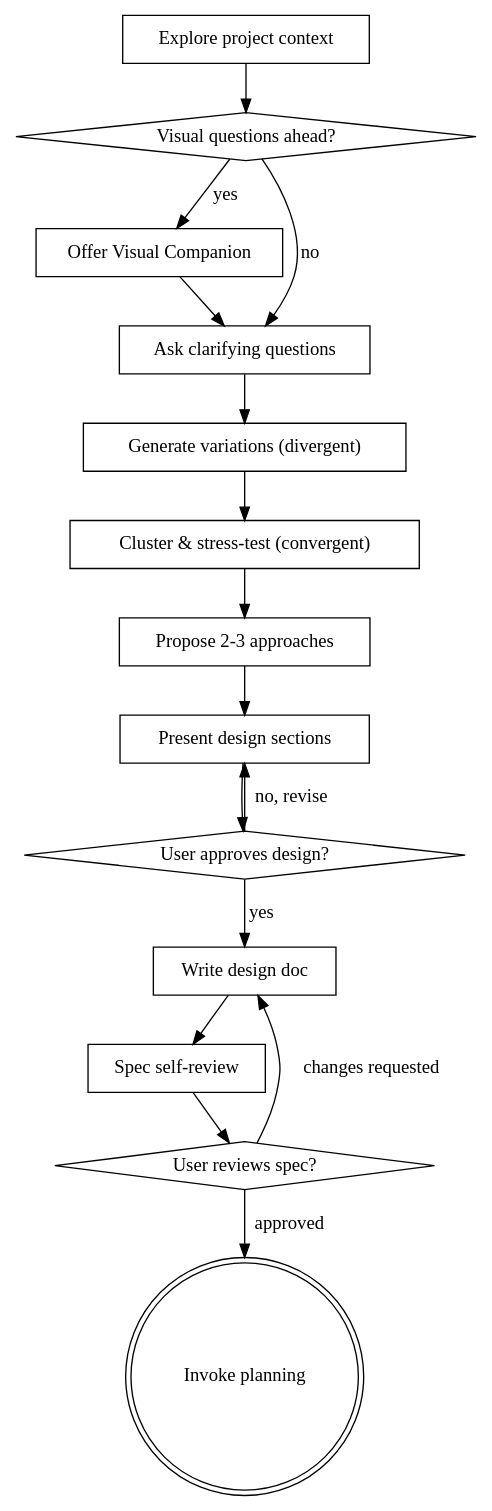
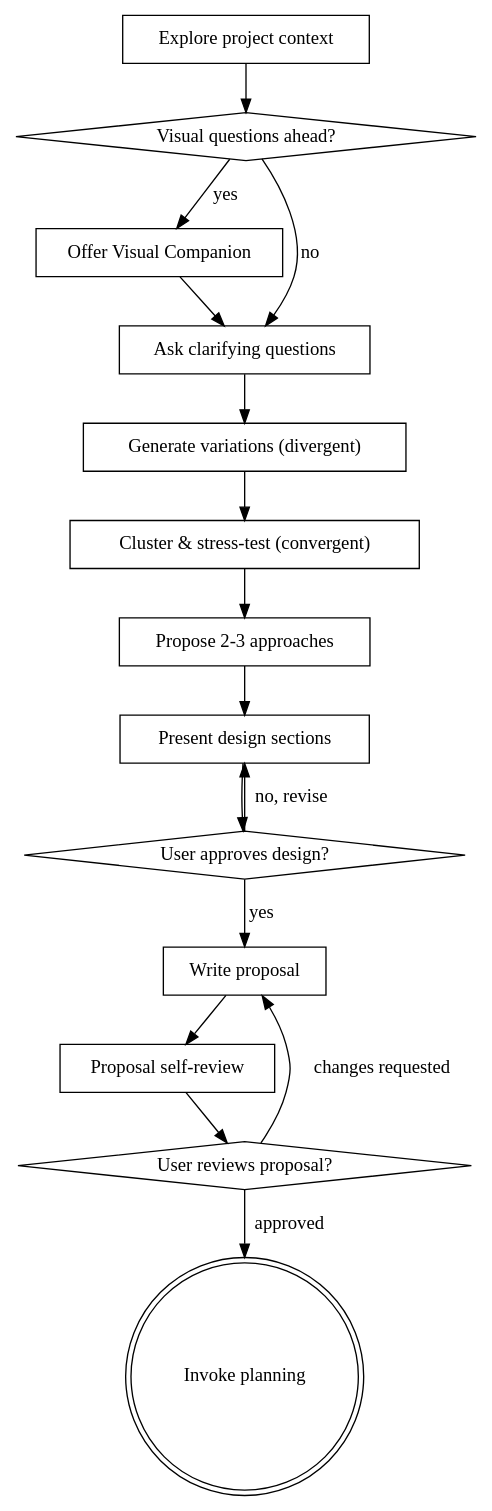
Before and after one commit to zhoupihua/rein: the diagram in skills/refine/SKILL.md, drawn with Graphviz. The commit also changed other lines of this file and 61 other files, not shown here.

First line of the commit message:
feat: split spec into proposal.md + spec.md, enhance plan.md

````diff
--- a/skills/refine/SKILL.md
+++ b/skills/refine/SKILL.md
@@ -35,33 +35,33 @@
 ```dot
 digraph idea_refine {
     "Explore project context" [shape=box];
     "Visual questions ahead?" [shape=diamond];
     "Offer Visual Companion" [shape=box];
     "Ask clarifying questions" [shape=box];
     "Generate variations (divergent)" [shape=box];
     "Cluster & stress-test (convergent)" [shape=box];
     "Propose 2-3 approaches" [shape=box];
     "Present design sections" [shape=box];
     "User approves design?" [shape=diamond];
-    "Write design doc" [shape=box];
-    "Spec self-review" [shape=box];
-    "User reviews spec?" [shape=diamond];
+    "Write proposal" [shape=box];
+    "Proposal self-review" [shape=box];
+    "User reviews proposal?" [shape=diamond];
     "Invoke planning" [shape=doublecircle];
 
     "Explore project context" -> "Visual questions ahead?";
     "Visual questions ahead?" -> "Offer Visual Companion" [label="yes"];
     "Visual questions ahead?" -> "Ask clarifying questions" [label="no"];
     "Offer Visual Companion" -> "Ask clarifying questions";
     "Ask clarifying questions" -> "Generate variations (divergent)";
     "Generate variations (divergent)" -> "Cluster & stress-test (convergent)";
     "Cluster & stress-test (convergent)" -> "Propose 2-3 approaches";
     "Propose 2-3 approaches" -> "Present design sections";
     "Present design sections" -> "User approves design?";
     "User approves design?" -> "Present design sections" [label="no, revise"];
-    "User approves design?" -> "Write design doc" [label="yes"];
-    "Write design doc" -> "Spec self-review";
-    "Spec self-review" -> "User reviews spec?";
-    "User reviews spec?" -> "Write design doc" [label="changes requested"];
-    "User reviews spec?" -> "Invoke planning" [label="approved"];
+    "User approves design?" -> "Write proposal" [label="yes"];
+    "Write proposal" -> "Proposal self-review";
+    "Proposal self-review" -> "User reviews proposal?";
+    "User reviews proposal?" -> "Write proposal" [label="changes requested"];
+    "User reviews proposal?" -> "Invoke planning" [label="approved"];
 }
 ```
````
